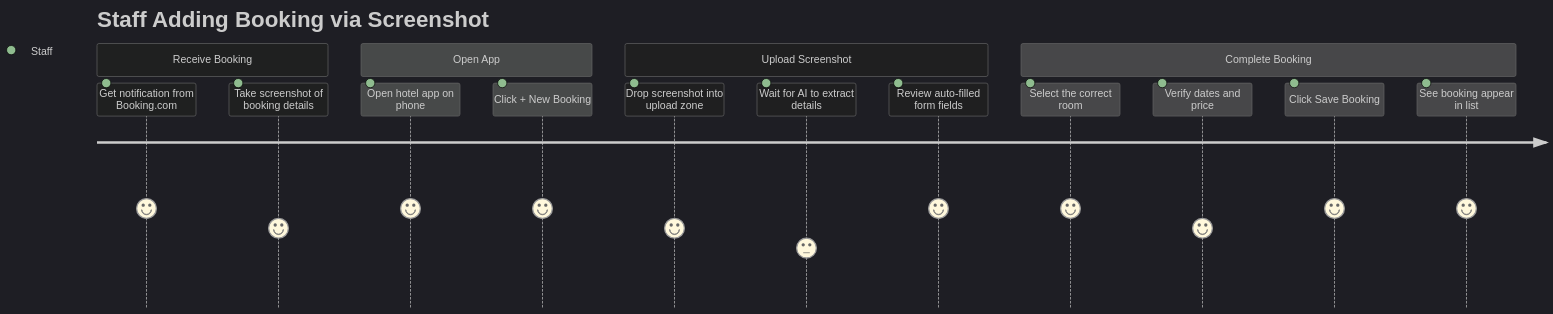
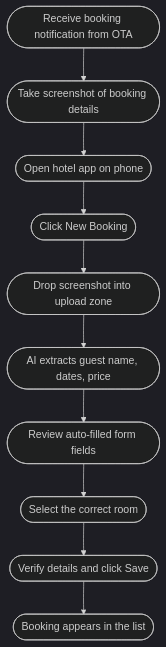
One commit to wongjinar-ai/expample changed the tenth of 13 diagrams in PLANNING.md. Above: the diagram before and after it, drawn with Mermaid (dark theme). The commit also changed other lines of this file, not shown here.

Commit message:
Fix Mermaid diagram syntax for broad renderer compatibility

````diff
--- a/PLANNING.md
+++ b/PLANNING.md
@@ -423,19 +400,12 @@
 ```mermaid
-journey
-    title Staff Adding Booking via Screenshot
-    section Receive Booking
-      Get notification from Booking.com: 5: Staff
-      Take screenshot of booking details: 4: Staff
-    section Open App
-      Open hotel app on phone: 5: Staff
-      Click + New Booking: 5: Staff
-    section Upload Screenshot
-      Drop screenshot into upload zone: 4: Staff
-      Wait for AI to extract details: 3: Staff
-      Review auto-filled form fields: 5: Staff
-    section Complete Booking
-      Select the correct room: 5: Staff
-      Verify dates and price: 4: Staff
-      Click Save Booking: 5: Staff
-      See booking appear in list: 5: Staff
+flowchart TD
+    A([Receive booking notification from OTA]) --> B([Take screenshot of booking details])
+    B --> C([Open hotel app on phone])
+    C --> D([Click New Booking])
+    D --> E([Drop screenshot into upload zone])
+    E --> F([AI extracts guest name, dates, price])
+    F --> G([Review auto-filled form fields])
+    G --> H([Select the correct room])
+    H --> I([Verify details and click Save])
+    I --> J([Booking appears in the list])
 ```
````
